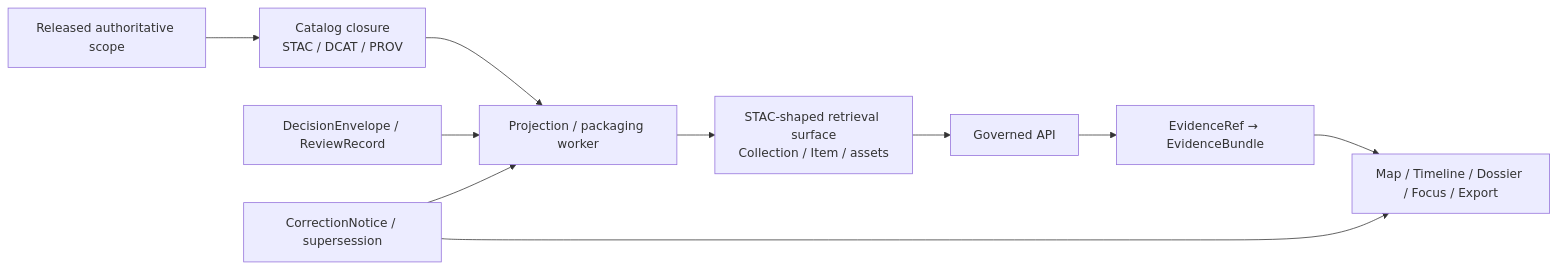
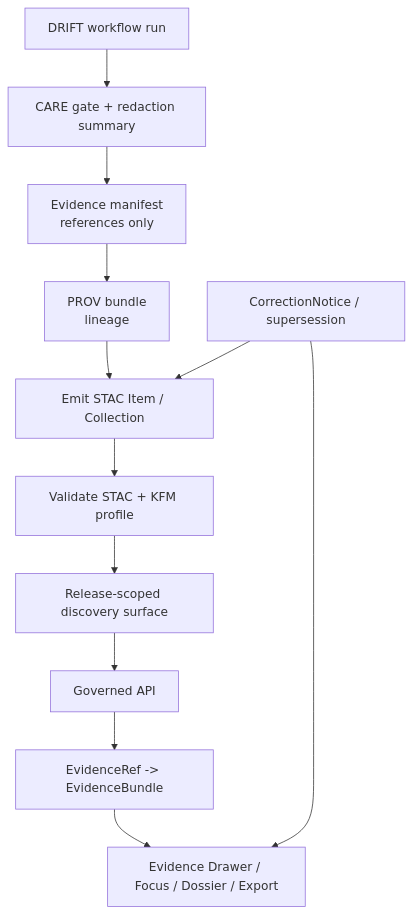
One commit to bartytime4life/Kansas-Frontier-Matrix changed the diagram in docs/search/drift/stac/README.md. Above: the diagram before and after it, drawn with Mermaid. The commit also changed other lines of this file, not shown here.

First line of the commit message:
Revise STAC README for clarity and consistency

````diff
--- a/docs/search/drift/stac/README.md
+++ b/docs/search/drift/stac/README.md
@@ -159,13 +238,15 @@
 ```mermaid
-flowchart LR
-    A[Released authoritative scope] --> B[Catalog closure<br/>STAC / DCAT / PROV]
-    B --> C[Projection / packaging worker]
-    C --> D[STAC-shaped retrieval surface<br/>Collection / Item / assets]
-    D --> E[Governed API]
-    E --> F[EvidenceRef → EvidenceBundle]
-    F --> G[Map / Timeline / Dossier / Focus / Export]
+flowchart TD
+  A["DRIFT workflow run"] --> B["CARE gate + redaction summary"]
+  B --> C["Evidence manifest<br/>references only"]
+  C --> D["PROV bundle<br/>lineage"]
+  D --> E["Emit STAC Item / Collection"]
+  E --> F["Validate STAC + KFM profile"]
+  F --> G["Release-scoped discovery surface"]
+  G --> H["Governed API"]
+  H --> I["EvidenceRef -> EvidenceBundle"]
+  I --> J["Evidence Drawer / Focus / Dossier / Export"]
 
-    H[DecisionEnvelope / ReviewRecord] --> C
-    I[CorrectionNotice / supersession] --> C
-    I --> G
+  K["CorrectionNotice / supersession"] --> E
+  K --> J
 ```
````
